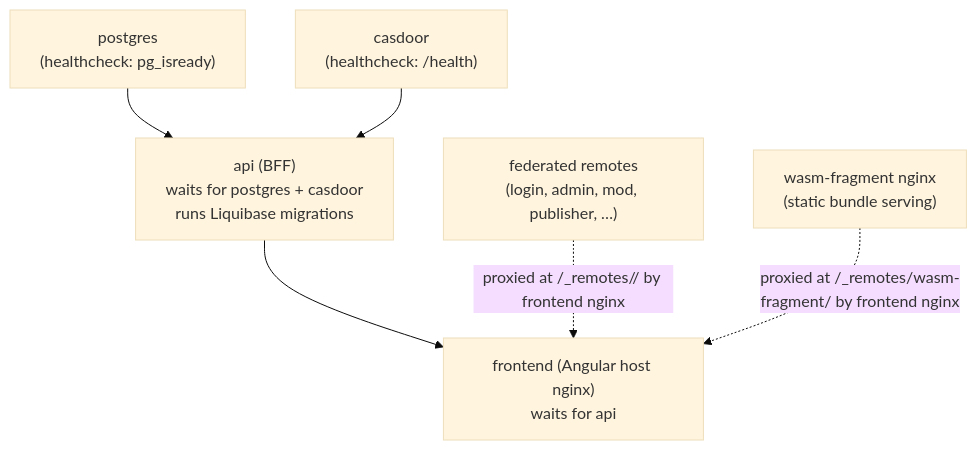
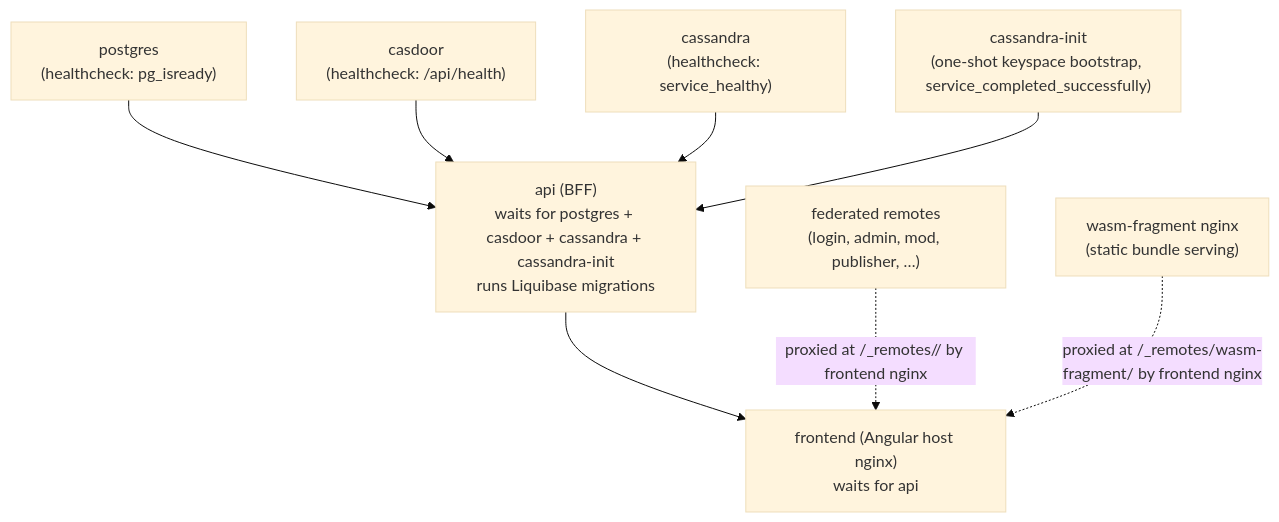
Diagram 48 of 48 in README.md (hugmesh/hugmesh-games), drawn with Mermaid (base theme) before and after one commit. The commit also changed other lines of this file, not shown here.

````diff
--- a/README.md
+++ b/README.md
@@ -1443,15 +1471,19 @@
 ```mermaid
 flowchart TB
     PG["postgres\n(healthcheck: pg_isready)"]
-    CAS["casdoor\n(healthcheck: /health)"]
-    API["api (BFF)\nwaits for postgres + casdoor\nruns Liquibase migrations"]
+    CAS["casdoor\n(healthcheck: /api/health)"]
+    CASS["cassandra\n(healthcheck: service_healthy)"]
+    CASSINIT["cassandra-init\n(one-shot keyspace bootstrap, service_completed_successfully)"]
+    API["api (BFF)\nwaits for postgres + casdoor + cassandra + cassandra-init\nruns Liquibase migrations"]
     FE["frontend (Angular host nginx)\nwaits for api"]
     REMOTES["federated remotes\n(login, admin, mod, publisher, …)"]
     WASM["wasm-fragment nginx\n(static bundle serving)"]
 
     PG --> API
     CAS --> API
+    CASS --> API
+    CASSINIT --> API
     API --> FE
     REMOTES -.->|"proxied at /_remotes/<slug>/ by frontend nginx"| FE
     WASM -.->|"proxied at /_remotes/wasm-fragment/ by frontend nginx"| FE
 ```
````
